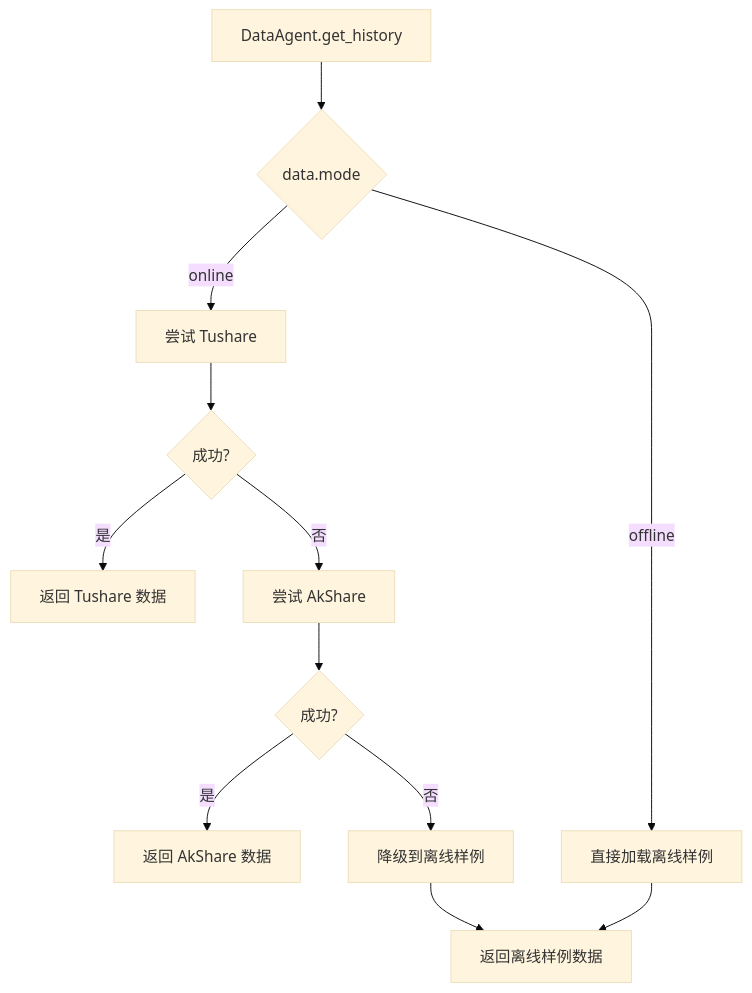
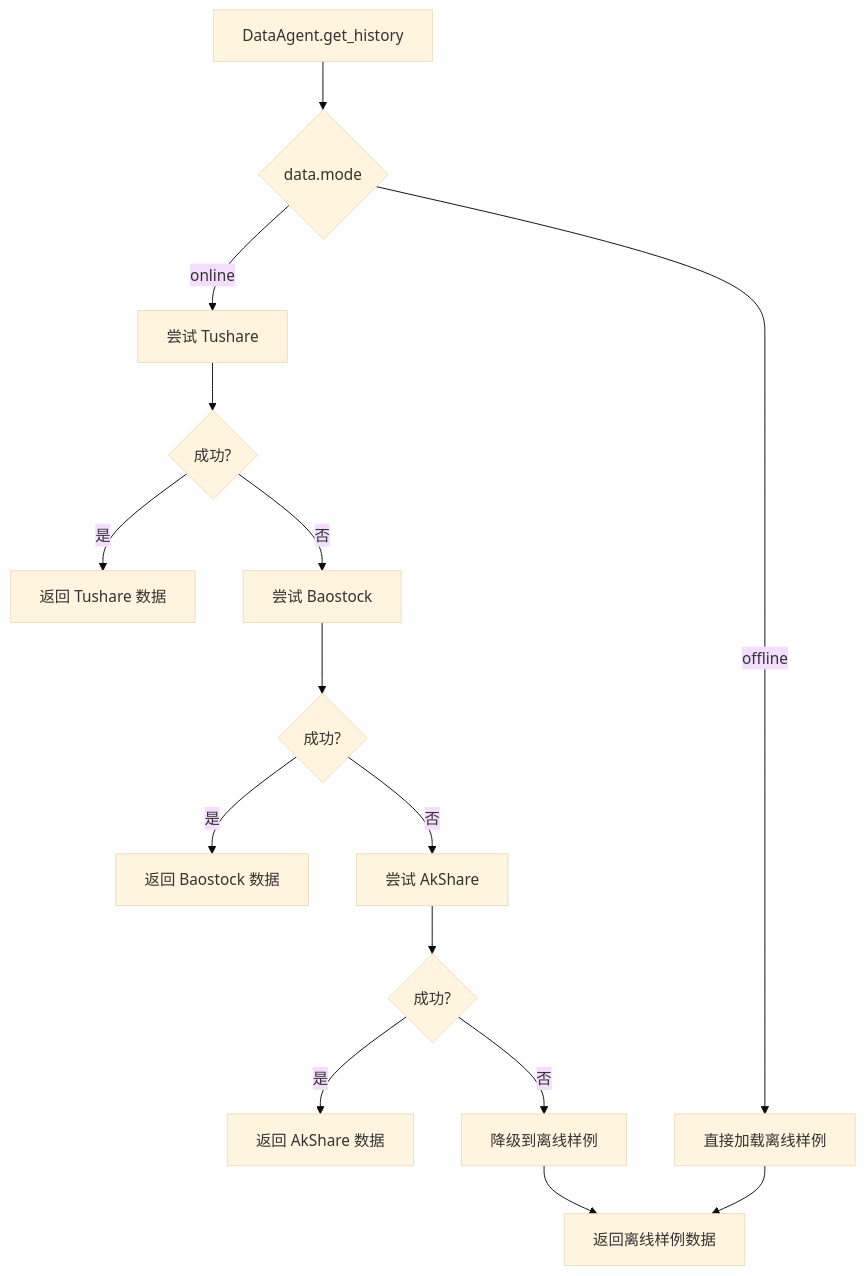
Before and after one commit to systemoutprintlnhelloworld/astock-agent-system: the fourth of 4 diagrams in docs/technical/DESIGN_DECISIONS.md, drawn with Mermaid (base theme). The commit also changed other lines of this file and 55 other files, not shown here.

````diff
--- a/docs/technical/DESIGN_DECISIONS.md
+++ b/docs/technical/DESIGN_DECISIONS.md
@@ -447,18 +447,21 @@
 ```mermaid
 flowchart TD
     start[DataAgent.get_history] --> checkMode{data.mode}
     
     checkMode -->|online| tryTushare[尝试 Tushare]
     tryTushare --> tushareSuccess{成功?}
     tushareSuccess -->|是| returnTushare[返回 Tushare 数据]
-    tushareSuccess -->|否| tryAkShare[尝试 AkShare]
+    tushareSuccess -->|否| tryBaostock[尝试 Baostock]
+    tryBaostock --> baostockSuccess{成功?}
+    baostockSuccess -->|是| returnBaostock[返回 Baostock 数据]
+    baostockSuccess -->|否| tryAkShare[尝试 AkShare]
     
     tryAkShare --> akshareSuccess{成功?}
     akshareSuccess -->|是| returnAkShare[返回 AkShare 数据]
     akshareSuccess -->|否| fallbackSamples[降级到离线样例]
     
     checkMode -->|offline| loadSamples[直接加载离线样例]
     
     fallbackSamples --> returnSamples[返回离线样例数据]
     loadSamples --> returnSamples
 ```
````
